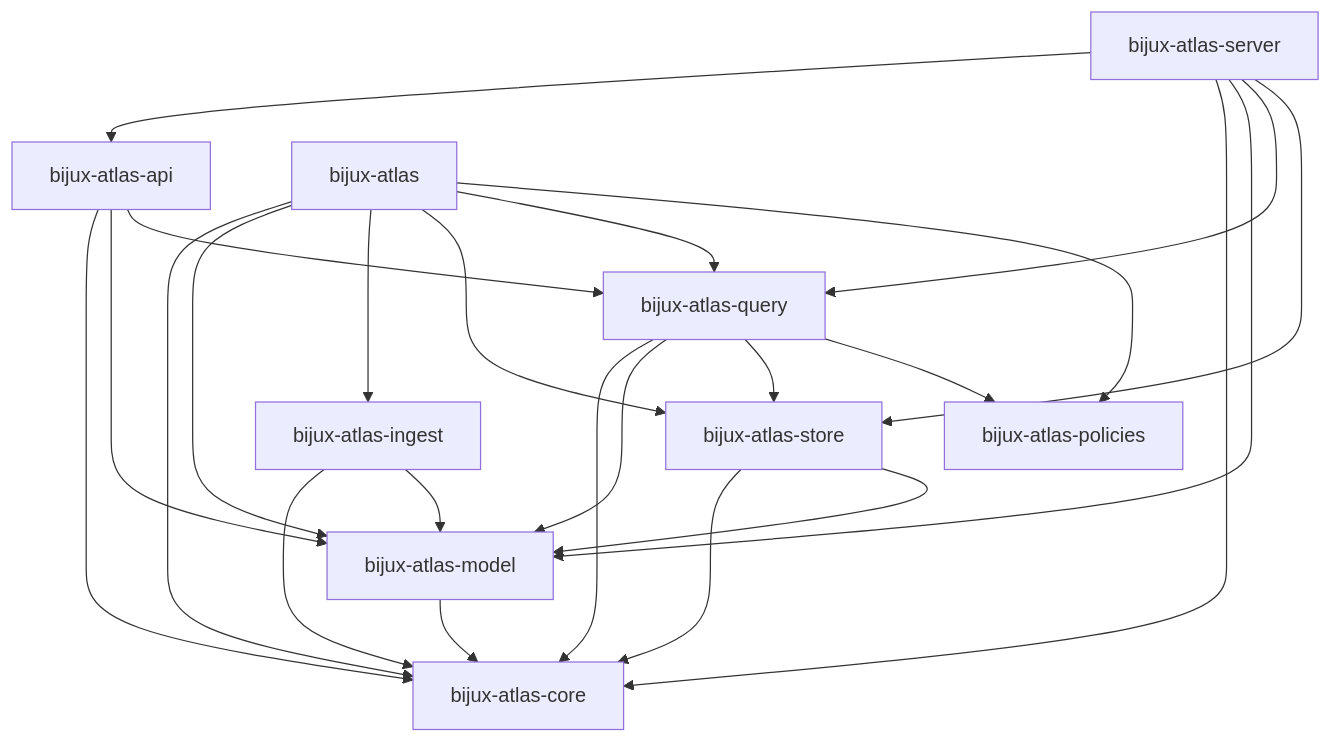
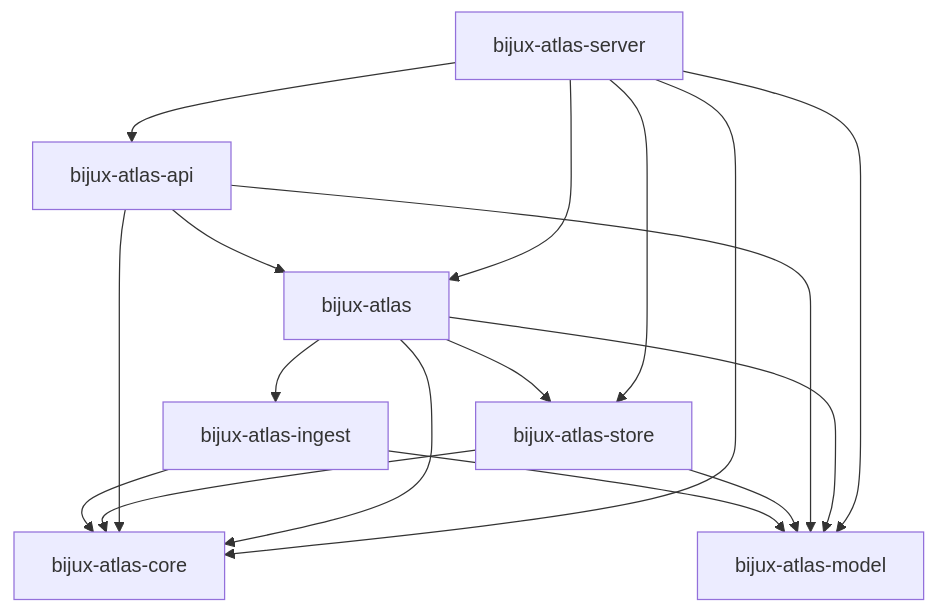
Before and after one commit to bijux/bijux-atlas: the diagram in docs/reference/crate-dependency-graph.md, drawn with Mermaid. The commit also changed 132 other files, not shown here.

````diff
--- a/docs/reference/crate-dependency-graph.md
+++ b/docs/reference/crate-dependency-graph.md
@@ -17,36 +17,27 @@
 ```mermaid
 graph TD
   core[bijux-atlas-core]
   model[bijux-atlas-model]
   ingest[bijux-atlas-ingest]
   store[bijux-atlas-store]
-  query[bijux-atlas-query]
   api[bijux-atlas-api]
   cli[bijux-atlas]
   server[bijux-atlas-server]
-  policies[bijux-atlas-policies]
 
-  model --> core
   ingest --> core
   ingest --> model
   store --> core
   store --> model
-  query --> core
-  query --> model
-  query --> store
-  query --> policies
+  api --> cli
   api --> core
   api --> model
-  api --> query
   cli --> core
   cli --> model
   cli --> ingest
   cli --> store
-  cli --> query
-  cli --> policies
   server --> api
+  server --> cli
   server --> core
   server --> model
-  server --> query
   server --> store
 ```
````
